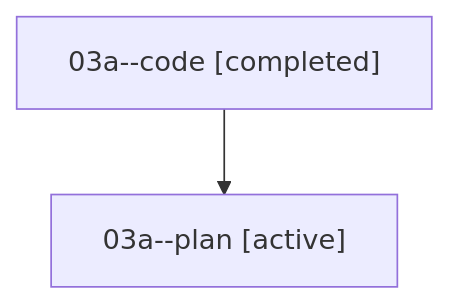
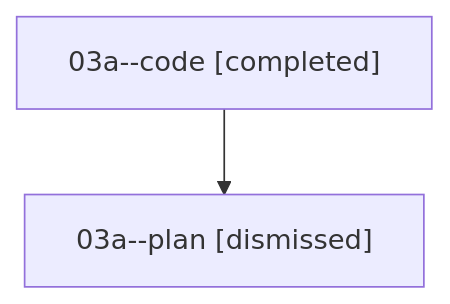
The diagram in sessions/bbugyi200.athena.03a.md (sase-org/sase--agents), drawn with Mermaid before and after one commit. The commit also changed other lines of this file and 36 other files, not shown here.

````diff
--- a/sessions/bbugyi200.athena.03a.md
+++ b/sessions/bbugyi200.athena.03a.md
@@ -9,6 +9,6 @@
 ```mermaid
 flowchart TD
   n0["03a--code [completed]"]
-  n1["03a--plan [active]"]
+  n1["03a--plan [dismissed]"]
   n0 --> n1
 ```
````
